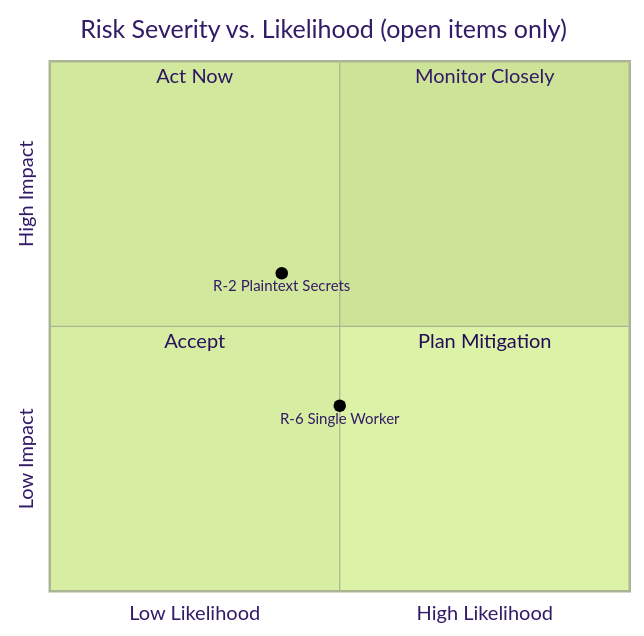
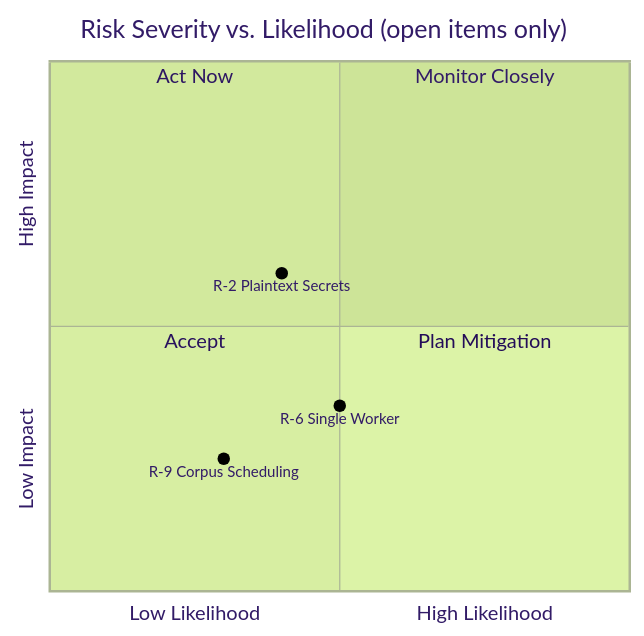
The diagram in docs/arc42/11_risks_and_technical_debts.md (frogfromlake/aer), drawn with Mermaid (forest theme) before and after one commit. The commit also changed other lines of this file and 15 other files, not shown here.

Commit message:
feat(analysis-worker): Extractor Pipeline Architecture

````diff
--- a/docs/arc42/11_risks_and_technical_debts.md
+++ b/docs/arc42/11_risks_and_technical_debts.md
@@ -237,12 +251,13 @@
 ```mermaid
 quadrantChart
     title Risk Severity vs. Likelihood (open items only)
     x-axis "Low Likelihood" --> "High Likelihood"
     y-axis "Low Impact" --> "High Impact"
     quadrant-1 "Monitor Closely"
     quadrant-2 "Act Now"
     quadrant-3 "Accept"
     quadrant-4 "Plan Mitigation"
     "R-2 Plaintext Secrets": [0.4, 0.6]
     "R-6 Single Worker": [0.5, 0.35]
+    "R-9 Corpus Scheduling": [0.3, 0.25]
 ```
````
